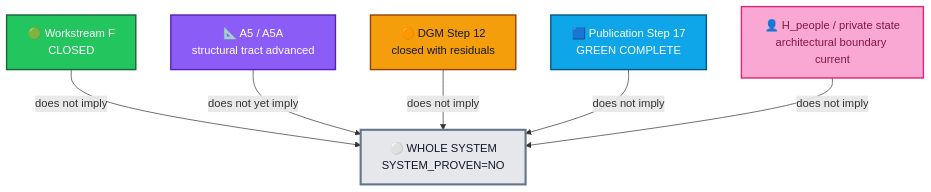
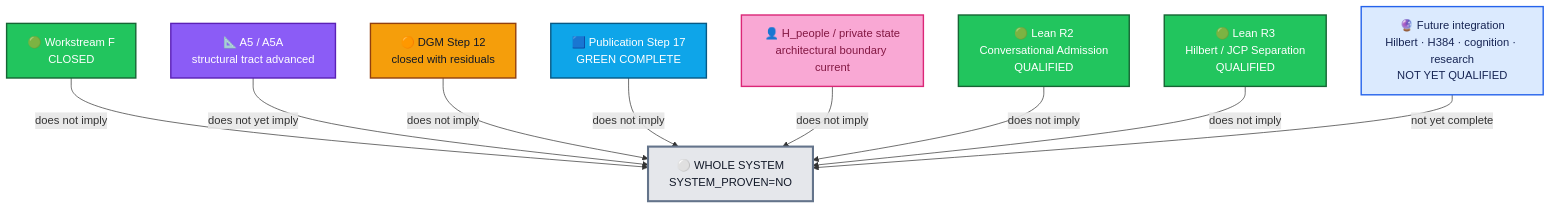
The second of 7 diagrams in claims/nonclaims-and-residuals.md (kiddstechnical/ALLIS-Artificial-Learning-and-Location-Intelligence-System), drawn with Mermaid before and after one commit. The commit also changed other lines of this file, not shown here.

First line of the commit message:
Update boundary index and add Lean workstreams details

````diff
--- a/claims/nonclaims-and-residuals.md
+++ b/claims/nonclaims-and-residuals.md
@@ -130,23 +171,30 @@
 ```mermaid
 flowchart TB
     S["⚪ WHOLE SYSTEM<br/>SYSTEM_PROVEN=NO"]:::system
 
     F["🟢 Workstream F<br/>CLOSED"]:::closed
     A["📐 A5 / A5A<br/>structural tract advanced"]:::a5
     D["🟠 DGM Step 12<br/>closed with residuals"]:::dgm
     P["🟦 Publication Step 17<br/>GREEN COMPLETE"]:::pub
     H["👤 H_people / private state<br/>architectural boundary current"]:::priv
+    R2["🟢 Lean R2<br/>Conversational Admission<br/>QUALIFIED"]:::closed
+    R3["🟢 Lean R3<br/>Hilbert / JCP Separation<br/>QUALIFIED"]:::closed
+    FUT["🔮 Future integration<br/>Hilbert · H384 · cognition · research<br/>NOT YET QUALIFIED"]:::future
 
     F -->|"does not imply"| S
     A -->|"does not yet imply"| S
     D -->|"does not imply"| S
     P -->|"does not imply"| S
     H -->|"does not imply"| S
+    R2 -->|"does not imply"| S
+    R3 -->|"does not imply"| S
+    FUT -->|"not yet complete"| S
 
+    classDef future fill:#dbeafe,stroke:#2563eb,color:#172554,stroke-width:2px;
     classDef system fill:#e5e7eb,stroke:#64748b,color:#111827,stroke-width:3px;
     classDef closed fill:#22c55e,stroke:#166534,color:#ffffff,stroke-width:2px;
     classDef a5 fill:#8b5cf6,stroke:#5b21b6,color:#ffffff,stroke-width:2px;
     classDef dgm fill:#f59e0b,stroke:#92400e,color:#111827,stroke-width:2px;
     classDef pub fill:#0ea5e9,stroke:#075985,color:#ffffff,stroke-width:2px;
     classDef priv fill:#f9a8d4,stroke:#db2777,color:#831843,stroke-width:2px;
 ```
````
